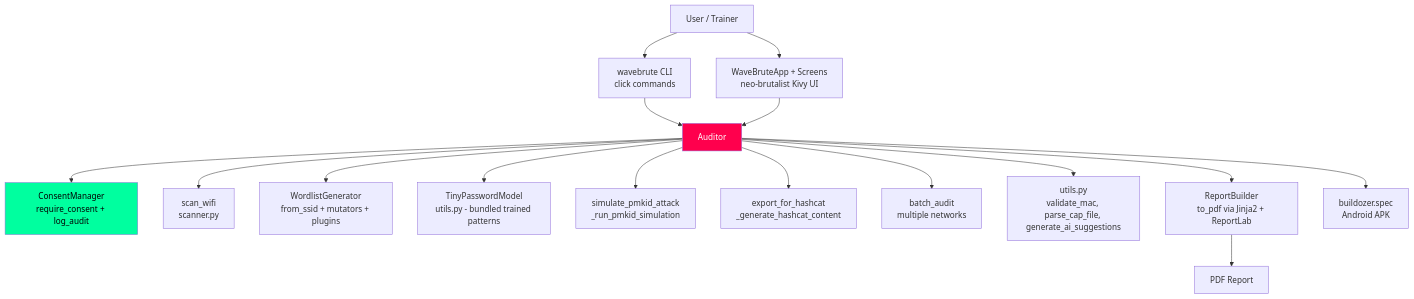
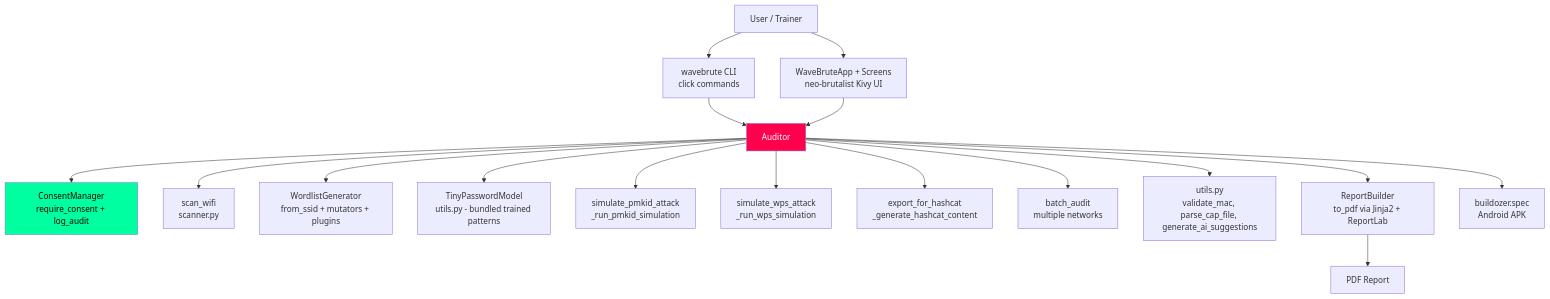
The diagram in README.md (ajendras/wavebrute), drawn with Mermaid before and after one commit. The commit also changed other lines of this file and 1 other file, not shown here.

Commit message:
feat(auditor): support WPS PIN brute-force simulation

````diff
--- a/README.md
+++ b/README.md
@@ -273,19 +290,20 @@
 ```mermaid
 graph TD
     User[User / Trainer] --> CLI[wavebrute CLI<br/>click commands]
     User --> GUI[WaveBruteApp + Screens<br/>neo-brutalist Kivy UI]
     CLI & GUI --> Auditor
     Auditor --> Consent[ConsentManager<br/>require_consent + log_audit]
     Auditor --> Scan[scan_wifi<br/>scanner.py]
     Auditor --> Gen[WordlistGenerator<br/>from_ssid + mutators + plugins]
     Auditor --> Model[TinyPasswordModel<br/>utils.py - bundled trained patterns]
     Auditor --> PMKID[simulate_pmkid_attack<br/>_run_pmkid_simulation]
+    Auditor --> WPS[simulate_wps_attack<br/>_run_wps_simulation]
     Auditor --> Hashcat[export_for_hashcat<br/>_generate_hashcat_content]
     Auditor --> Batch[batch_audit<br/>multiple networks]
     Auditor --> Utils[utils.py<br/>validate_mac, parse_cap_file, generate_ai_suggestions]
     Auditor --> Report[ReportBuilder<br/>to_pdf via Jinja2 + ReportLab]
     Auditor --> Android[buildozer.spec<br/>Android APK]
     Report --> PDF[PDF Report]
     style Auditor fill:#ff004d,color:#fff
     style Consent fill:#00ff9f,color:#000
 ```
````
